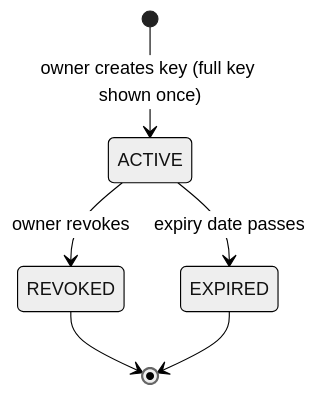
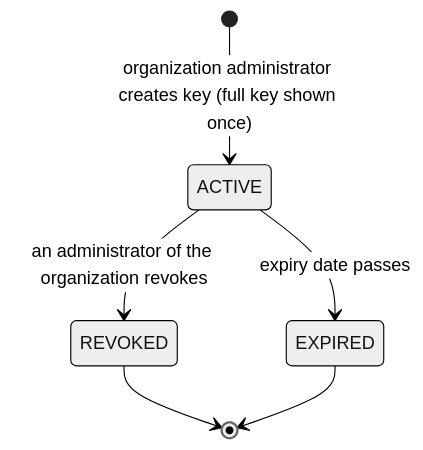
The first of 2 diagrams in docs/02-requirements/FRD/api-management/workflow.md (evyoog/Enterprise-Intelligence-Suite), drawn with Mermaid (neutral theme) before and after one commit. The commit also changed other lines of this file and 100 other files, not shown here.

````diff
--- a/docs/02-requirements/FRD/api-management/workflow.md
+++ b/docs/02-requirements/FRD/api-management/workflow.md
@@ -4,8 +4,8 @@
 ```mermaid
 stateDiagram-v2
-    [*] --> ACTIVE: owner creates key (full key shown once)
-    ACTIVE --> REVOKED: owner revokes
+    [*] --> ACTIVE: organization administrator creates key (full key shown once)
+    ACTIVE --> REVOKED: an administrator of the organization revokes
     ACTIVE --> EXPIRED: expiry date passes
     REVOKED --> [*]
     EXPIRED --> [*]
 ```
````
